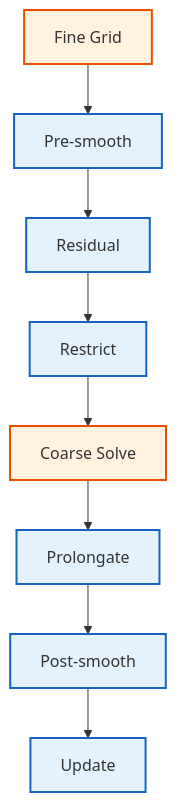
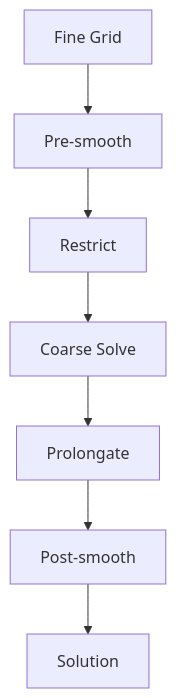
The diagram in MODULE_03_SINGLE_PHASE_FLOW/CONTENT/07_ADVANCED_TOPICS/03_Numerical_Methods.md (wramet/build-my-cfd), drawn with Mermaid before and after one commit. The commit also changed other lines of this file and 384 other files, not shown here.

````diff
--- a/MODULE_03_SINGLE_PHASE_FLOW/CONTENT/07_ADVANCED_TOPICS/03_Numerical_Methods.md
+++ b/MODULE_03_SINGLE_PHASE_FLOW/CONTENT/07_ADVANCED_TOPICS/03_Numerical_Methods.md
@@ -253,14 +108,9 @@
 ```mermaid
 flowchart TD
-%% Classes
-classDef explicit fill:#fff3e0,stroke:#e65100,stroke-width:2px;
-classDef implicit fill:#e3f2fd,stroke:#1565c0,stroke-width:2px;
-%% Nodes
-A[Fine Grid]:::explicit --> B[Pre-smooth]:::implicit
-B --> C[Residual]:::implicit
-C --> D[Restrict]:::implicit
-D --> E[Coarse Solve]:::explicit
-E --> F[Prolongate]:::implicit
-F --> G[Post-smooth]:::implicit
-G --> H[Update]:::implicit
+    A[Fine Grid] --> B[Pre-smooth]
+    B --> C[Restrict]
+    C --> D[Coarse Solve]
+    D --> E[Prolongate]
+    E --> F[Post-smooth]
+    F --> G[Solution]
 ```
````
